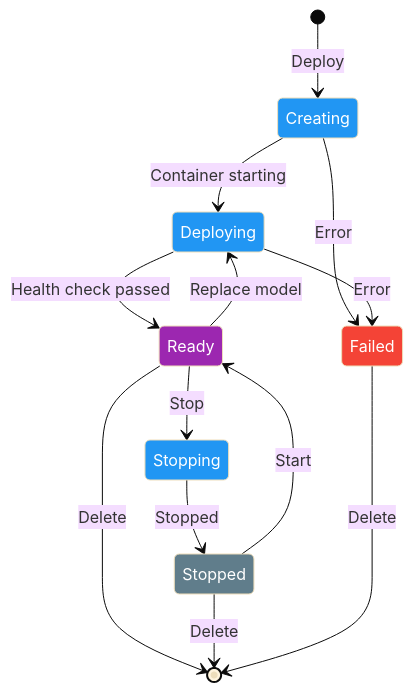
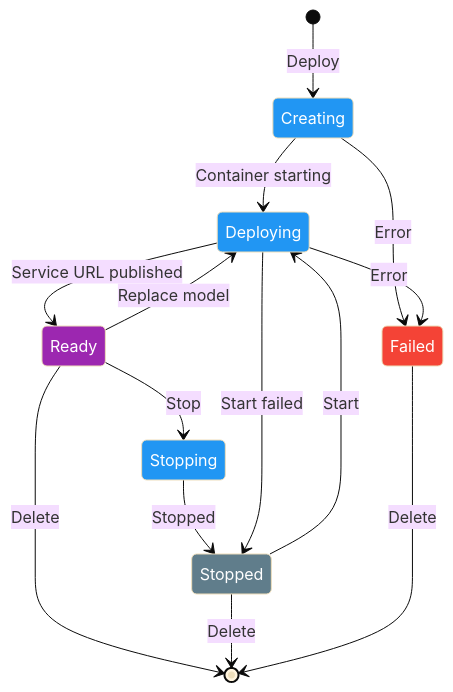
Before and after one commit to ultralytics/ultralytics: the first of 2 diagrams in docs/en/platform/deploy/endpoints.md, drawn with Mermaid (base theme). The commit also changed other lines of this file and 32 other files, not shown here.

````diff
--- a/docs/en/platform/deploy/endpoints.md
+++ b/docs/en/platform/deploy/endpoints.md
@@ -41,24 +42,25 @@
 ```mermaid
 stateDiagram-v2
     [*] --> Creating: Deploy
     Creating --> Deploying: Container starting
-    Deploying --> Ready: Health check passed
+    Deploying --> Ready: Service URL published
     Ready --> Stopping: Stop
     Ready --> Deploying: Replace model
     Stopping --> Stopped: Stopped
-    Stopped --> Ready: Start
+    Stopped --> Deploying: Start
+    Deploying --> Stopped: Start failed
     Ready --> [*]: Delete
     Stopped --> [*]: Delete
     Creating --> Failed: Error
     Deploying --> Failed: Error
     Failed --> [*]: Delete
 
     classDef proc fill:#2196F3,color:#fff
     classDef out fill:#9C27B0,color:#fff
     classDef error fill:#F44336,color:#fff
     classDef extern fill:#607D8B,color:#fff
     class Creating,Deploying,Stopping proc
     class Ready out
     class Failed error
     class Stopped extern
 ```
````
